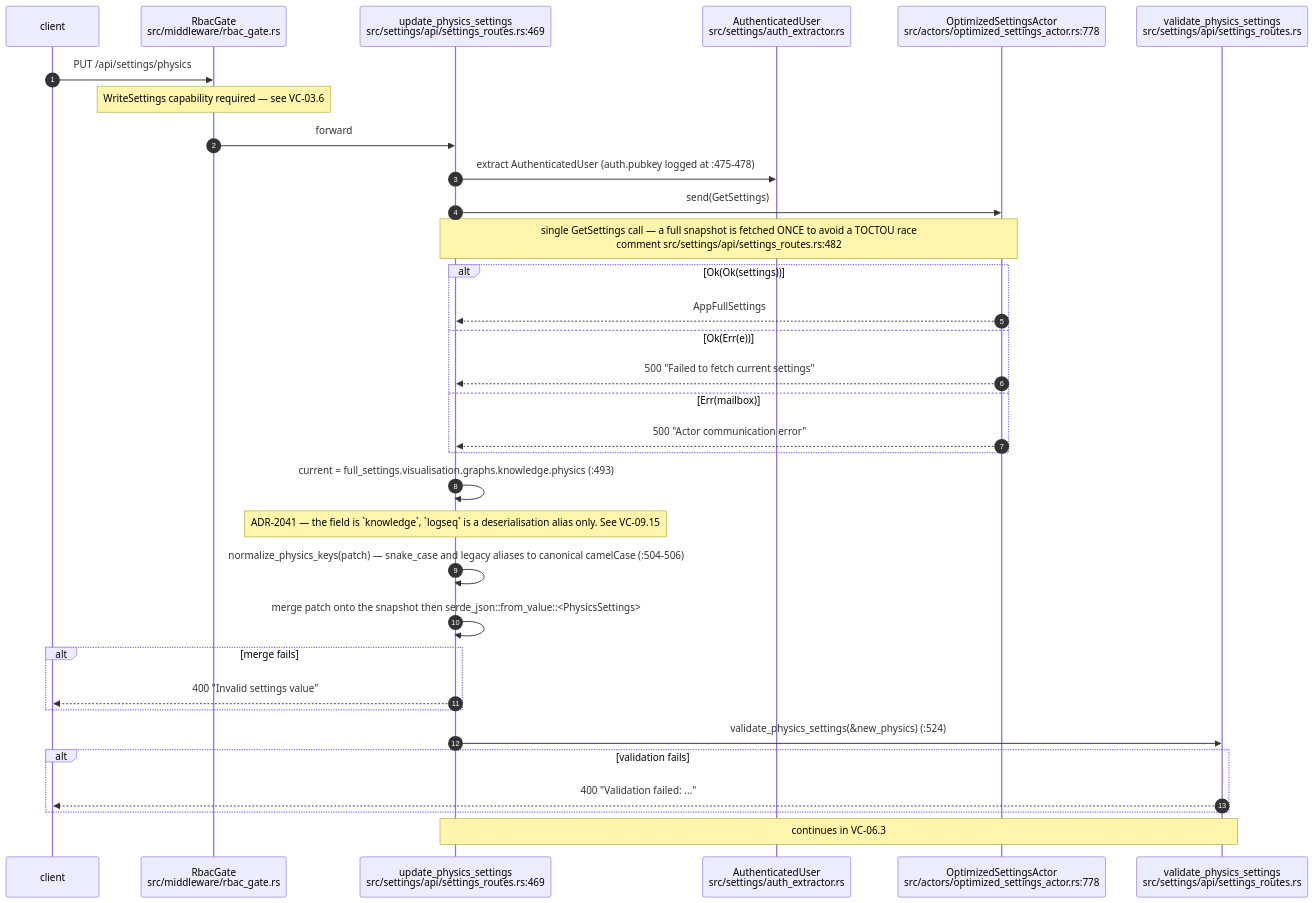
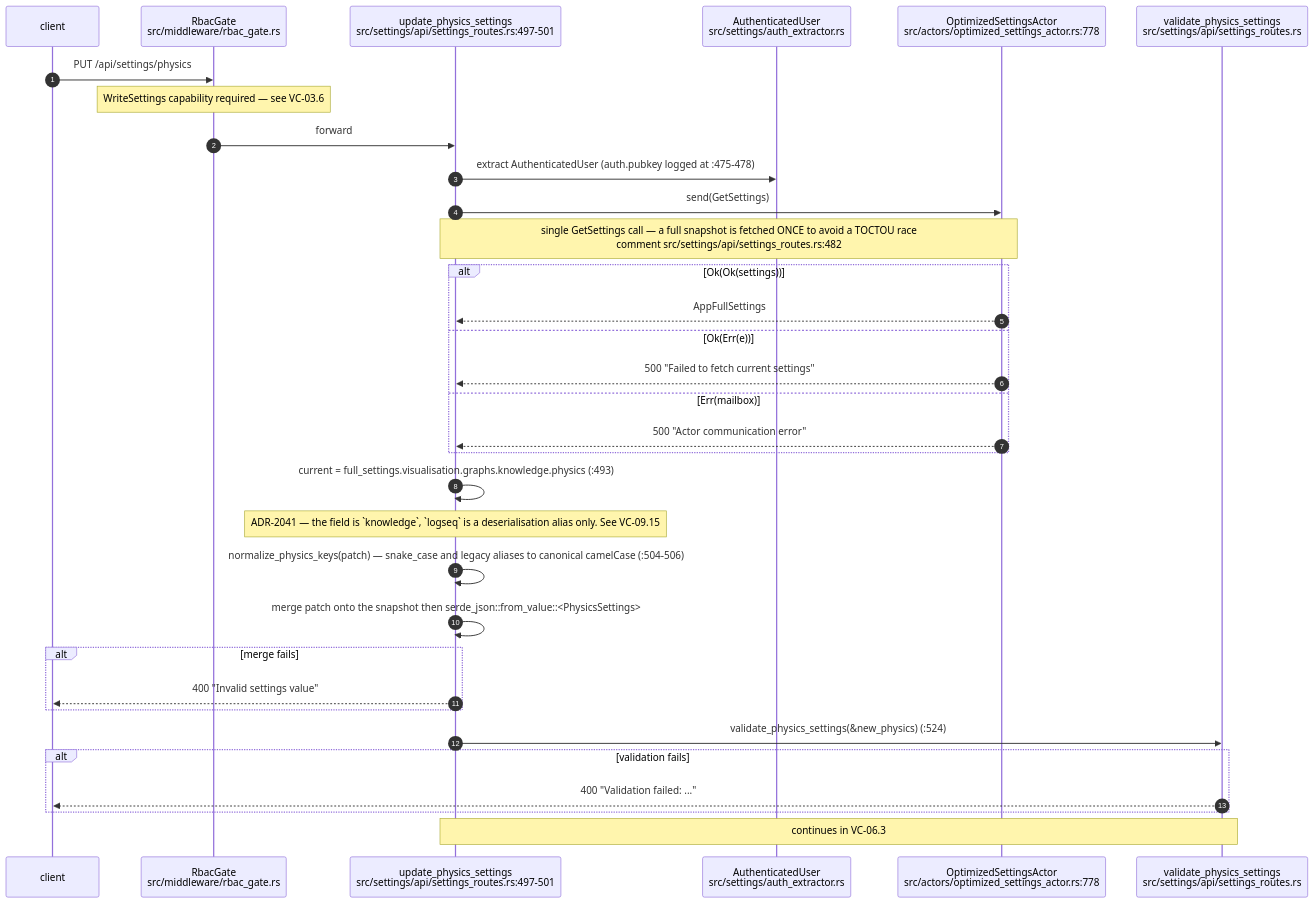
One commit to DreamLab-AI/AR-AI-Knowledge-Graph changed the second of 10 diagrams in docs/diagrams/visionclaw/06-settings-round-trip.md. Above: the diagram before and after it, drawn with Mermaid. The commit also changed other lines of this file and 36 other files, not shown here.

````diff
--- a/docs/diagrams/visionclaw/06-settings-round-trip.md
+++ b/docs/diagrams/visionclaw/06-settings-round-trip.md
@@ -57,36 +57,36 @@
 ```mermaid
 sequenceDiagram
     autonumber
     participant CL as client
     participant RG as RbacGate<br/>src/middleware/rbac_gate.rs
-    participant H as update_physics_settings<br/>src/settings/api/settings_routes.rs:469
+    participant H as update_physics_settings<br/>src/settings/api/settings_routes.rs:497-501
     participant AU as AuthenticatedUser<br/>src/settings/auth_extractor.rs
     participant SA as OptimizedSettingsActor<br/>src/actors/optimized_settings_actor.rs:778
     participant VA as validate_physics_settings<br/>src/settings/api/settings_routes.rs
 
     CL->>RG: PUT /api/settings/physics
     Note over RG: WriteSettings capability required — see VC-03.6
     RG->>H: forward
     H->>AU: extract AuthenticatedUser (auth.pubkey logged at :475-478)
     H->>SA: send(GetSettings)
     Note over H,SA: single GetSettings call — a full snapshot is fetched ONCE to avoid a TOCTOU race<br/>comment src/settings/api/settings_routes.rs:482
     alt Ok(Ok(settings))
         SA-->>H: AppFullSettings
     else Ok(Err(e))
         SA-->>H: 500 "Failed to fetch current settings"
     else Err(mailbox)
         SA-->>H: 500 "Actor communication error"
     end
     H->>H: current = full_settings.visualisation.graphs.knowledge.physics (:493)
     Note over H: ADR-2041 — the field is `knowledge`, `logseq` is a deserialisation alias only. See VC-09.15
     H->>H: normalize_physics_keys(patch) — snake_case and legacy aliases to canonical camelCase (:504-506)
     H->>H: merge patch onto the snapshot then serde_json::from_value::<PhysicsSettings>
     alt merge fails
         H-->>CL: 400 "Invalid settings value"
     end
     H->>VA: validate_physics_settings(&new_physics) (:524)
     alt validation fails
         VA-->>CL: 400 "Validation failed: ..."
     end
     Note over H,VA: continues in VC-06.3
 ```
````
